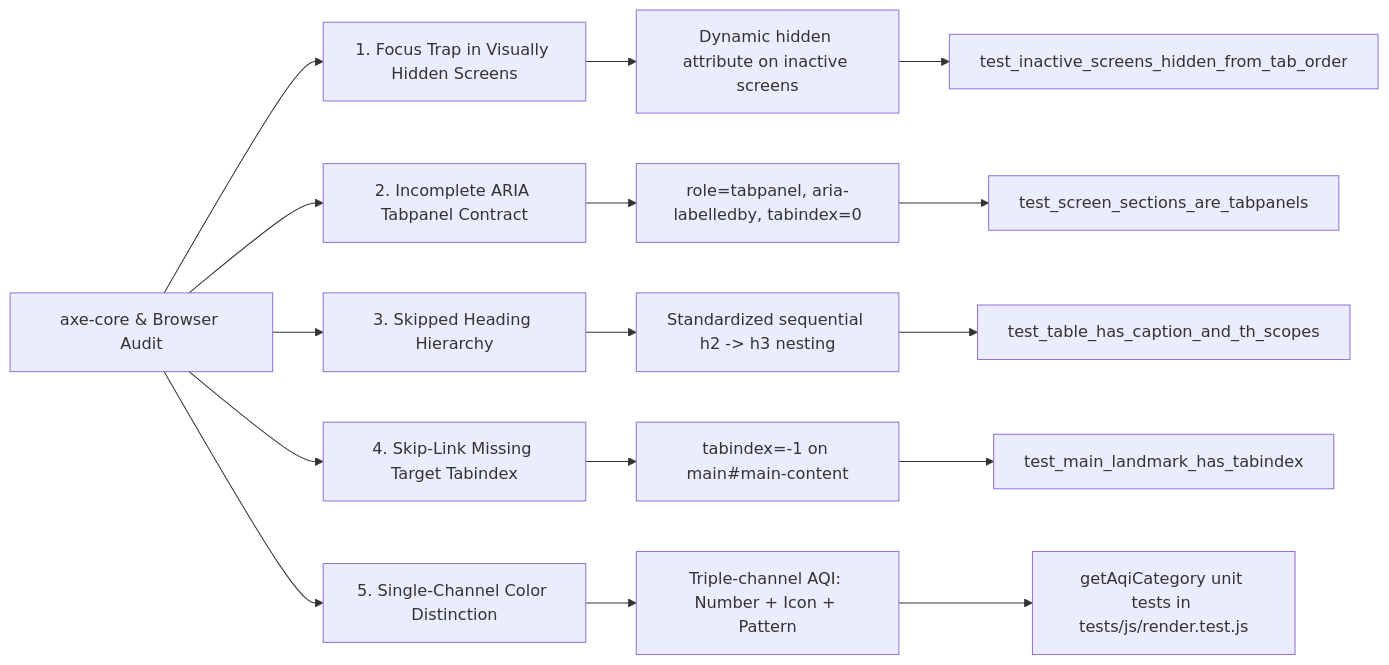
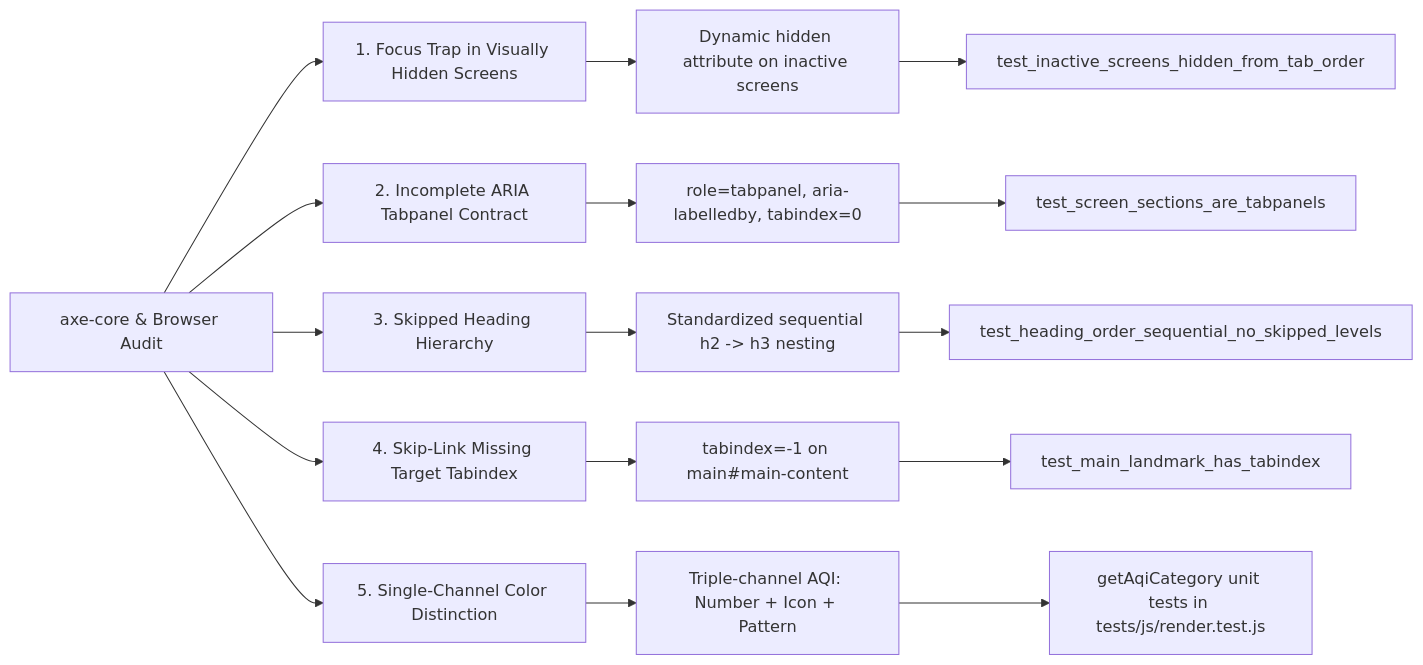
The diagram in docs/EVALUATION.md (Dhinakarg/AirPlan), drawn with Mermaid before and after one commit. The commit also changed other lines of this file and 9 other files, not shown here.

````diff
--- a/docs/EVALUATION.md
+++ b/docs/EVALUATION.md
@@ -32,20 +32,20 @@
 ```mermaid
 flowchart LR
     Audit["axe-core & Browser Audit"] --> Issue1["1. Focus Trap in Visually Hidden Screens"]
     Audit --> Issue2["2. Incomplete ARIA Tabpanel Contract"]
     Audit --> Issue3["3. Skipped Heading Hierarchy"]
     Audit --> Issue4["4. Skip-Link Missing Target Tabindex"]
     Audit --> Issue5["5. Single-Channel Color Distinction"]
 
     Issue1 --> Fix1["Dynamic hidden attribute on inactive screens"]
     Issue2 --> Fix2["role=tabpanel, aria-labelledby, tabindex=0"]
     Issue3 --> Fix3["Standardized sequential h2 -> h3 nesting"]
     Issue4 --> Fix4["tabindex=-1 on main#main-content"]
     Issue5 --> Fix5["Triple-channel AQI: Number + Icon + Pattern"]
 
     Fix1 --> Test1["test_inactive_screens_hidden_from_tab_order"]
     Fix2 --> Test2["test_screen_sections_are_tabpanels"]
-    Fix3 --> Test3["test_table_has_caption_and_th_scopes"]
+    Fix3 --> Test3["test_heading_order_sequential_no_skipped_levels"]
     Fix4 --> Test4["test_main_landmark_has_tabindex"]
     Fix5 --> Test5["getAqiCategory unit tests in tests/js/render.test.js"]
 ```
````
